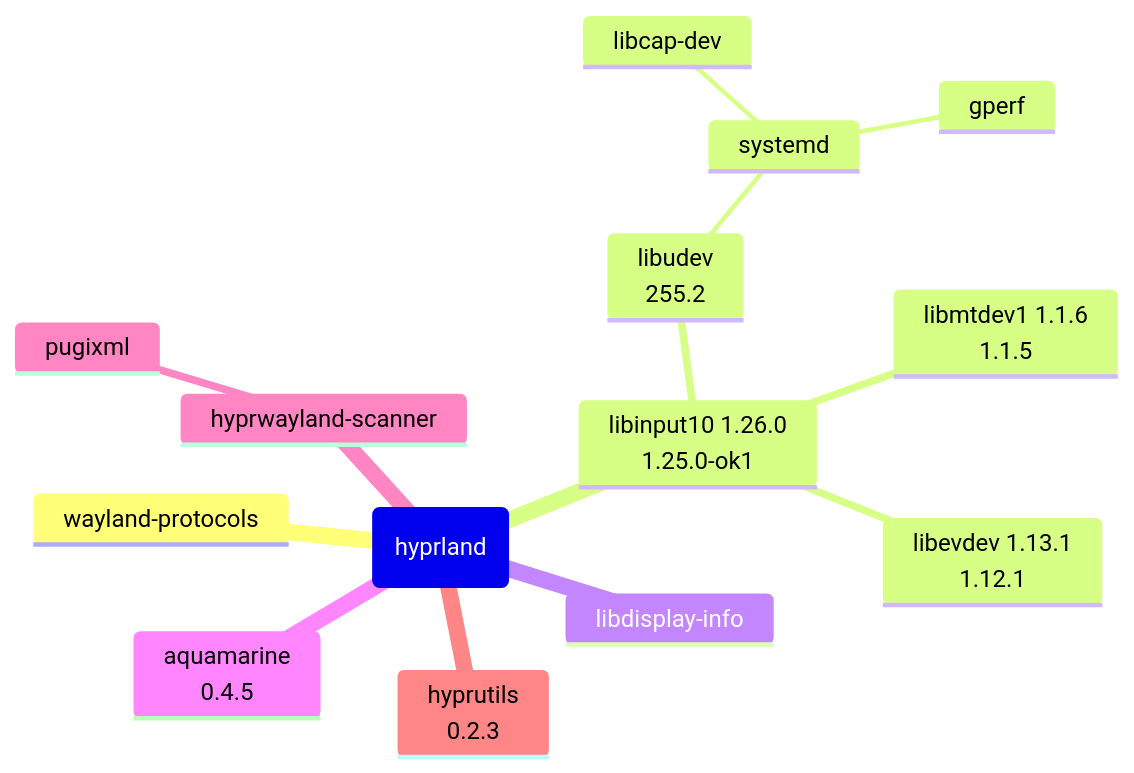
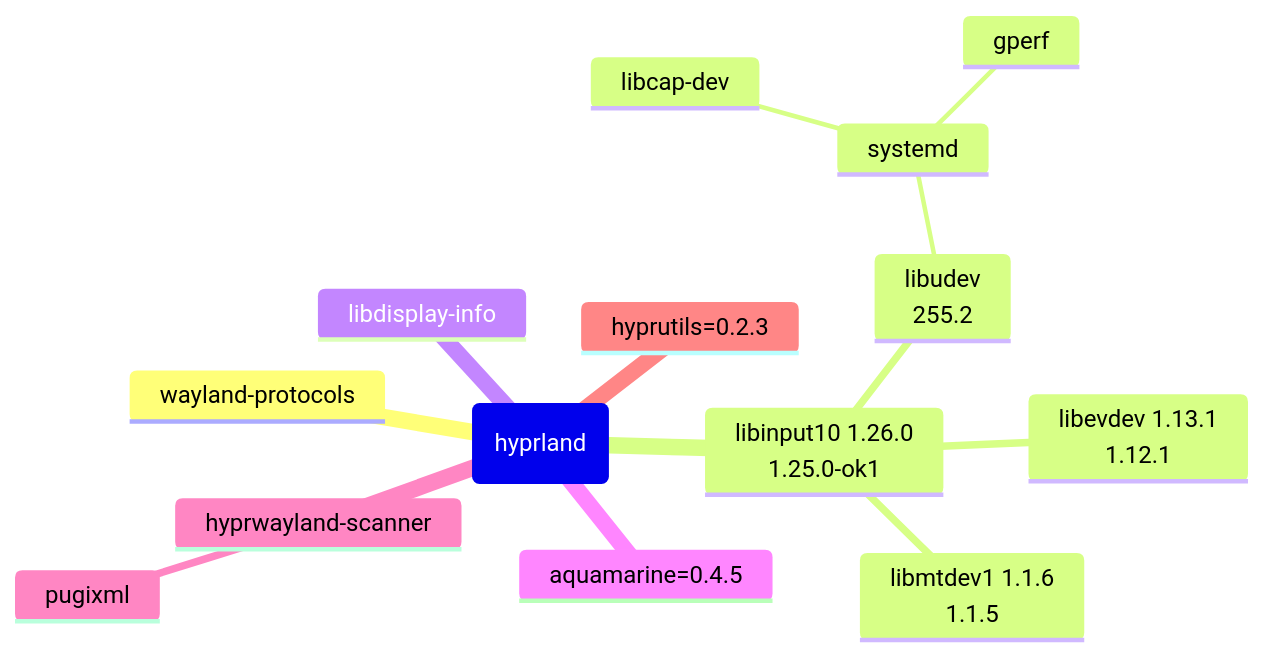
Before and after one commit to lucmann/lucmann.github.io: the diagram in source/_posts/lnx/ok.md, drawn with Mermaid.

Commit message:
linux: hyprutils version

````diff
--- a/source/_posts/lnx/ok.md
+++ b/source/_posts/lnx/ok.md
@@ -558,17 +558,17 @@
 ```mermaid
 mindmap
   root(hyprland)
     wayland-protocols
     libinput10 1.26.0<br>1.25.0-ok1
       libudev<br>255.2
         systemd
           libcap-dev
           gperf
       libmtdev1 1.1.6<br>1.1.5
       libevdev 1.13.1<br>1.12.1
     libdisplay-info
-    aquamarine<br>0.4.5
+    aquamarine=0.4.5
     hyprwayland-scanner
       pugixml
-    hyprutils<br>0.2.3
+    hyprutils=0.2.3
 ```
````
